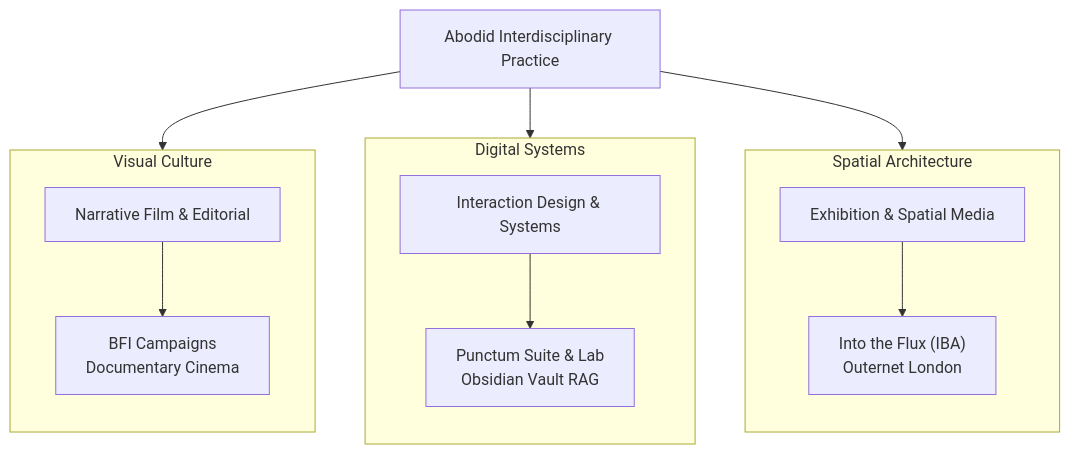
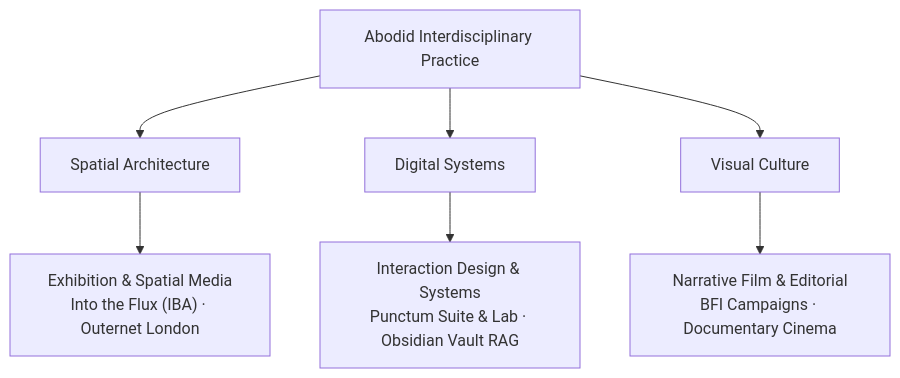
Before and after one commit to abodidsahoo/abodid-website: the diagram in docs/system-manual/abodid-system-manual/01-philosophy-manifesto/01.00-core-manifesto-and-positioning.md, drawn with Mermaid. The commit also changed 5 other files, not shown here.

````diff
--- a/docs/system-manual/abodid-system-manual/01-philosophy-manifesto/01.00-core-manifesto-and-positioning.md
+++ b/docs/system-manual/abodid-system-manual/01-philosophy-manifesto/01.00-core-manifesto-and-positioning.md
@@ -17,23 +17,20 @@
 ```mermaid
 flowchart TD
     Studio["Abodid Interdisciplinary Practice"]
 
-    subgraph Col1["Spatial Architecture"]
-        direction TB
-        P1["Exhibition & Spatial Media"] --> E1["Into the Flux (IBA)<br/>Outernet London"]
-    end
+    C1["Spatial Architecture"]
+    C2["Digital Systems"]
+    C3["Visual Culture"]
 
-    subgraph Col2["Digital Systems"]
-        direction TB
-        P2["Interaction Design & Systems"] --> E2["Punctum Suite & Lab<br/>Obsidian Vault RAG"]
-    end
+    P1["Exhibition & Spatial Media<br/>Into the Flux (IBA) · Outernet London"]
+    P2["Interaction Design & Systems<br/>Punctum Suite & Lab · Obsidian Vault RAG"]
+    P3["Narrative Film & Editorial<br/>BFI Campaigns · Documentary Cinema"]
 
-    subgraph Col3["Visual Culture"]
-        direction TB
-        P3["Narrative Film & Editorial"] --> E3["BFI Campaigns<br/>Documentary Cinema"]
-    end
+    Studio --> C1
+    Studio --> C2
+    Studio --> C3
 
-    Studio --> P1
-    Studio --> P2
-    Studio --> P3
+    C1 --> P1
+    C2 --> P2
+    C3 --> P3
 ```
````
